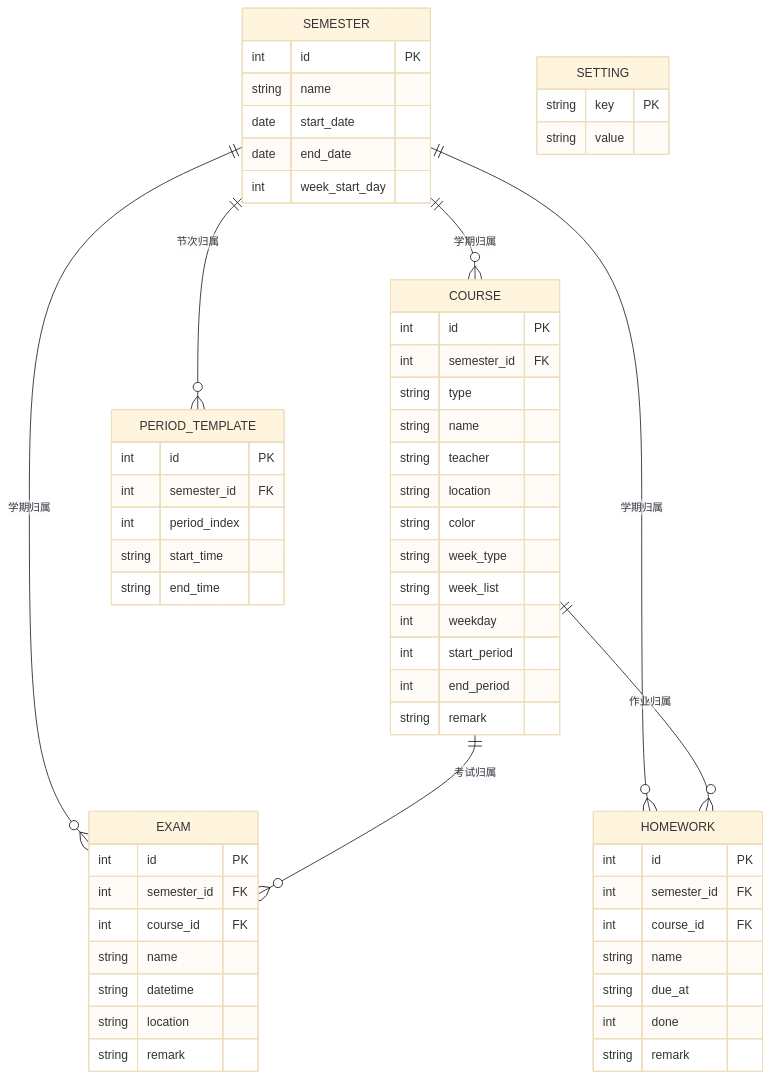
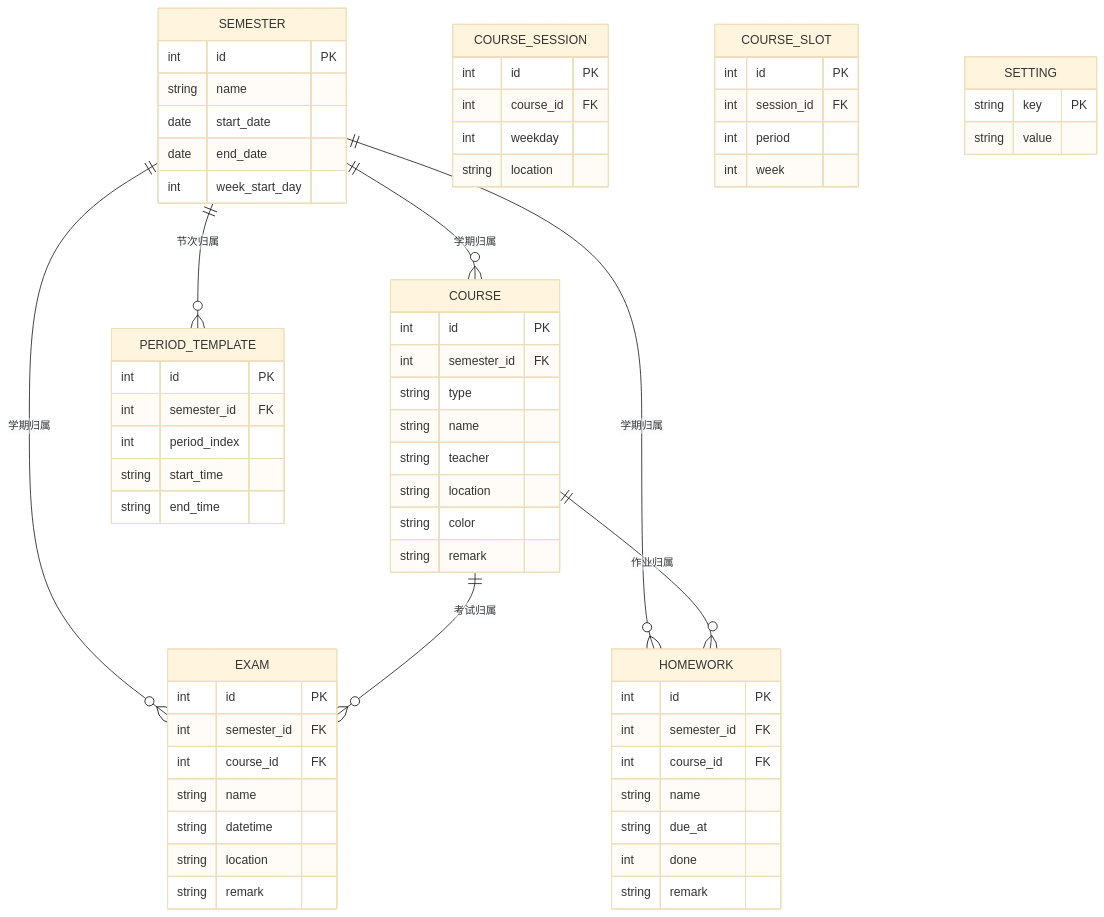
One commit to 0sour/ClassBoard changed the fourth of 4 diagrams in docs/02-技术设计文档.md. Above: the diagram before and after it, drawn with Mermaid (base theme). The commit also changed other lines of this file and 58 other files, not shown here.

````diff
--- a/docs/02-技术设计文档.md
+++ b/docs/02-技术设计文档.md
@@ -716,60 +717,67 @@
 ```mermaid
 erDiagram
     SEMESTER ||--o{ COURSE : "学期归属"
     SEMESTER ||--o{ EXAM : "学期归属"
     SEMESTER ||--o{ HOMEWORK : "学期归属"
     SEMESTER ||--o{ PERIOD_TEMPLATE : "节次归属"
     COURSE ||--o{ EXAM : "考试归属"
     COURSE ||--o{ HOMEWORK : "作业归属"
     SEMESTER {
         int id PK
         string name
         date start_date
         date end_date
         int week_start_day
     }
     PERIOD_TEMPLATE {
         int id PK
         int semester_id FK
         int period_index
         string start_time
         string end_time
     }
     COURSE {
         int id PK
         int semester_id FK
         string type
         string name
         string teacher
         string location
         string color
-        string week_type
-        string week_list
+        string remark
+    }
+    COURSE_SESSION {
+        int id PK
+        int course_id FK
         int weekday
-        int start_period
-        int end_period
-        string remark
+        string location
+    }
+    COURSE_SLOT {
+        int id PK
+        int session_id FK
+        int period
+        int week
     }
     EXAM {
         int id PK
         int semester_id FK
         int course_id FK
         string name
         string datetime
         string location
         string remark
     }
     HOMEWORK {
         int id PK
         int semester_id FK
         int course_id FK
         string name
         string due_at
         int done
         string remark
     }
     SETTING {
         string key PK
         string value
     }
 ```
````
